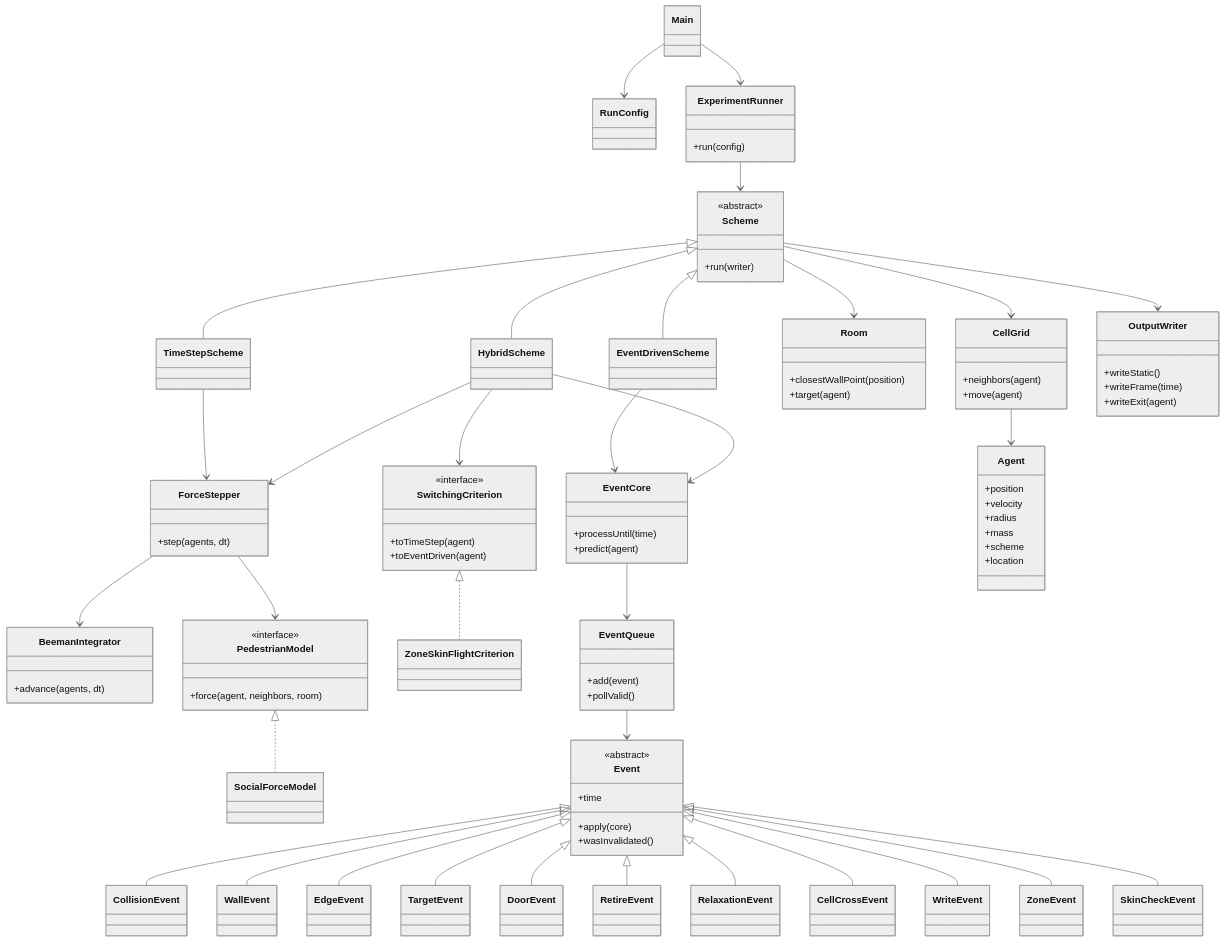
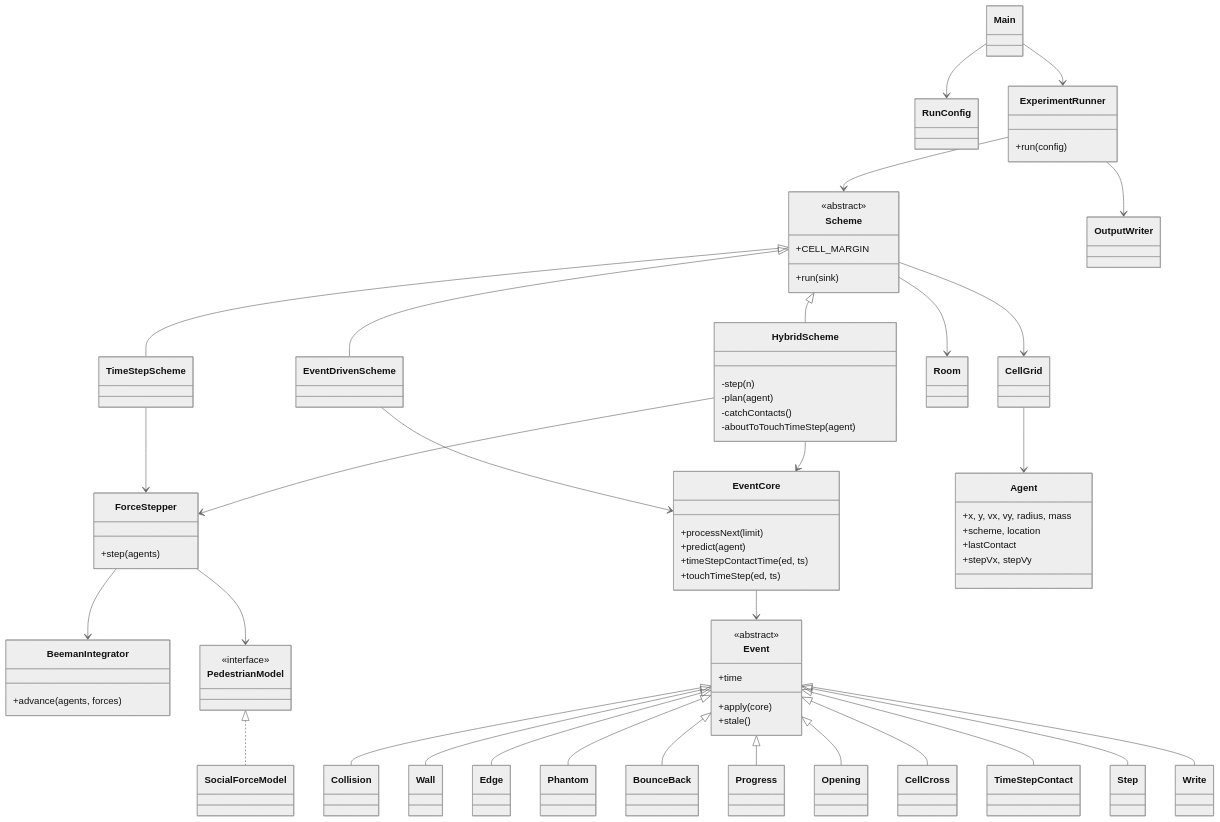
One commit to VieraFederico/SdS_TP5 changed the diagram in DESIGN.md. Above: the diagram before and after it, drawn with Mermaid (neutral theme). The commit also changed other lines of this file and 12 other files, not shown here.

````diff
--- a/DESIGN.md
+++ b/DESIGN.md
@@ -247,78 +248,64 @@
     }
     class Scheme {
         <<abstract>>
-        +run(writer)
+        +CELL_MARGIN
+        +run(sink)
     }
     class TimeStepScheme
     class EventDrivenScheme
-    class HybridScheme
+    class HybridScheme {
+        -step(n)
+        -plan(agent)
+        -catchContacts()
+        -aboutToTouchTimeStep(agent)
+    }
     class EventCore {
-        +processUntil(time)
+        +processNext(limit)
         +predict(agent)
+        +timeStepContactTime(ed, ts)
+        +touchTimeStep(ed, ts)
     }
     class ForceStepper {
-        +step(agents, dt)
+        +step(agents)
     }
     class BeemanIntegrator {
-        +advance(agents, dt)
+        +advance(agents, forces)
     }
     class PedestrianModel {
         <<interface>>
-        +force(agent, neighbors, room)
     }
     class SocialForceModel
-    class SwitchingCriterion {
-        <<interface>>
-        +toTimeStep(agent)
-        +toEventDriven(agent)
-    }
-    class ZoneSkinFlightCriterion
-    class EventQueue {
-        +add(event)
-        +pollValid()
-    }
     class Event {
         <<abstract>>
         +time
         +apply(core)
-        +wasInvalidated()
+        +stale()
     }
-    class CollisionEvent
-    class WallEvent
-    class EdgeEvent
-    class TargetEvent
-    class DoorEvent
-    class RetireEvent
-    class RelaxationEvent
-    class CellCrossEvent
-    class WriteEvent
-    class ZoneEvent
-    class SkinCheckEvent
-    class Room {
-        +closestWallPoint(position)
-        +target(agent)
+    class Collision
+    class Wall
+    class Edge
+    class Phantom
+    class BounceBack
+    class Progress
+    class Opening
+    class CellCross
+    class TimeStepContact
+    class Step
+    class Write
+    class Room
+    class CellGrid
+    class Agent {
+        +x, y, vx, vy, radius, mass
+        +scheme, location
+        +lastContact
+        +stepVx, stepVy
     }
-    class CellGrid {
-        +neighbors(agent)
-        +move(agent)
-    }
-    class Agent {
-        +position
-        +velocity
-        +radius
-        +mass
-        +scheme
-        +location
-    }
-    class OutputWriter {
-        +writeStatic()
-        +writeFrame(time)
-        +writeExit(agent)
-    }
+    class OutputWriter
 
     Main --> RunConfig
     Main --> ExperimentRunner
     ExperimentRunner --> Scheme
+    ExperimentRunner --> OutputWriter
     Scheme <|-- TimeStepScheme
     Scheme <|-- EventDrivenScheme
     Scheme <|-- HybridScheme
@@ -326,26 +313,22 @@
     EventDrivenScheme --> EventCore
     HybridScheme --> EventCore
     HybridScheme --> ForceStepper
-    HybridScheme --> SwitchingCriterion
-    SwitchingCriterion <|.. ZoneSkinFlightCriterion
     ForceStepper --> BeemanIntegrator
     ForceStepper --> PedestrianModel
     PedestrianModel <|.. SocialForceModel
-    EventCore --> EventQueue
-    EventQueue --> Event
-    Event <|-- CollisionEvent
-    Event <|-- WallEvent
-    Event <|-- EdgeEvent
-    Event <|-- TargetEvent
-    Event <|-- DoorEvent
-    Event <|-- RetireEvent
-    Event <|-- RelaxationEvent
-    Event <|-- CellCrossEvent
-    Event <|-- WriteEvent
-    Event <|-- ZoneEvent
-    Event <|-- SkinCheckEvent
+    EventCore --> Event
+    Event <|-- Collision
+    Event <|-- Wall
+    Event <|-- Edge
+    Event <|-- Phantom
+    Event <|-- BounceBack
+    Event <|-- Progress
+    Event <|-- Opening
+    Event <|-- CellCross
+    Event <|-- TimeStepContact
+    Event <|-- Step
+    Event <|-- Write
     Scheme --> Room
     Scheme --> CellGrid
-    Scheme --> OutputWriter
     CellGrid --> Agent
 ```
````
